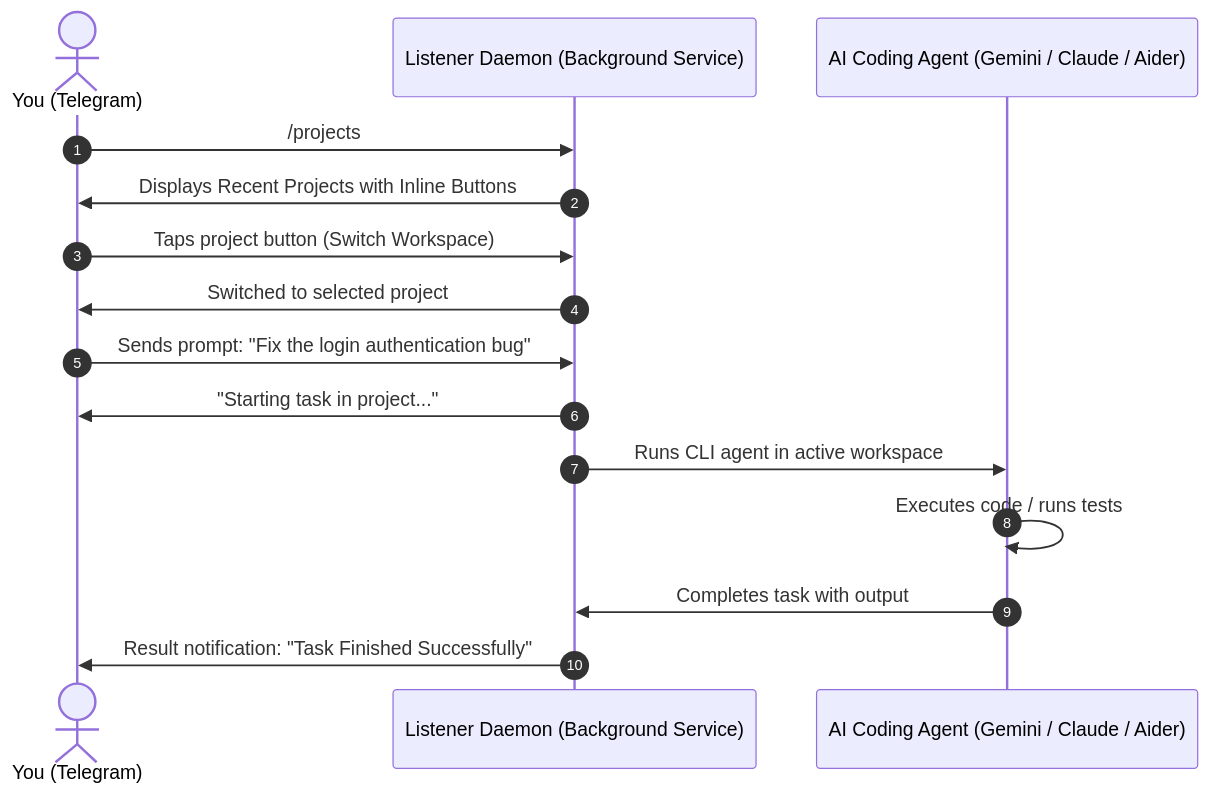
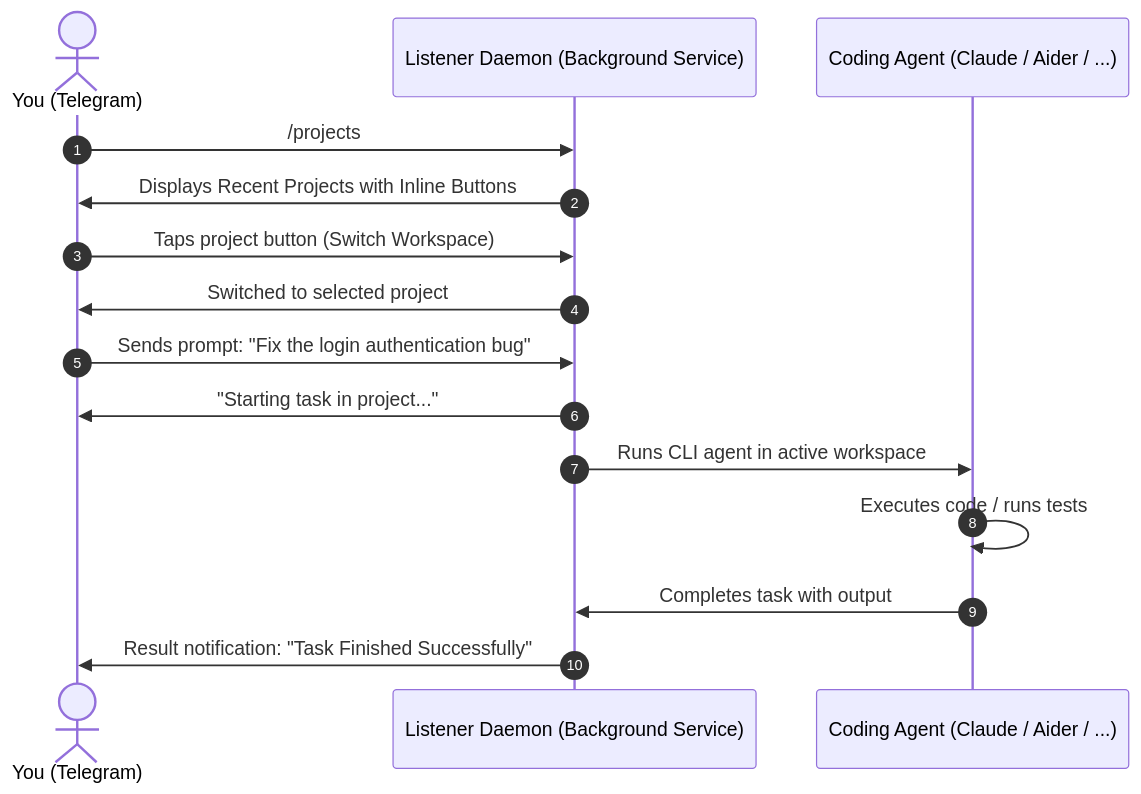
The diagram in README.md (alhinawi/telegram-notifier), drawn with Mermaid before and after one commit. The commit also changed other lines of this file, not shown here.

Commit message:
docs: premium README with hero, badges, architecture and live links

````diff
--- a/README.md
+++ b/README.md
@@ -7,18 +19,18 @@
 ```mermaid
 sequenceDiagram
     autonumber
     actor User as You (Telegram)
     participant Bot as Listener Daemon (Background Service)
-    participant Agent as AI Coding Agent (Gemini / Claude / Aider)
+    participant Agent as Coding Agent (Claude / Aider / ...)
 
     User->>Bot: /projects
     Bot->>User: Displays Recent Projects with Inline Buttons
     User->>Bot: Taps project button (Switch Workspace)
     Bot->>User: Switched to selected project
     User->>Bot: Sends prompt: "Fix the login authentication bug"
     Bot->>User: "Starting task in project..."
     Bot->>Agent: Runs CLI agent in active workspace
     Agent->>Agent: Executes code / runs tests
     Agent->>Bot: Completes task with output
     Bot->>User: Result notification: "Task Finished Successfully"
 ```
````
